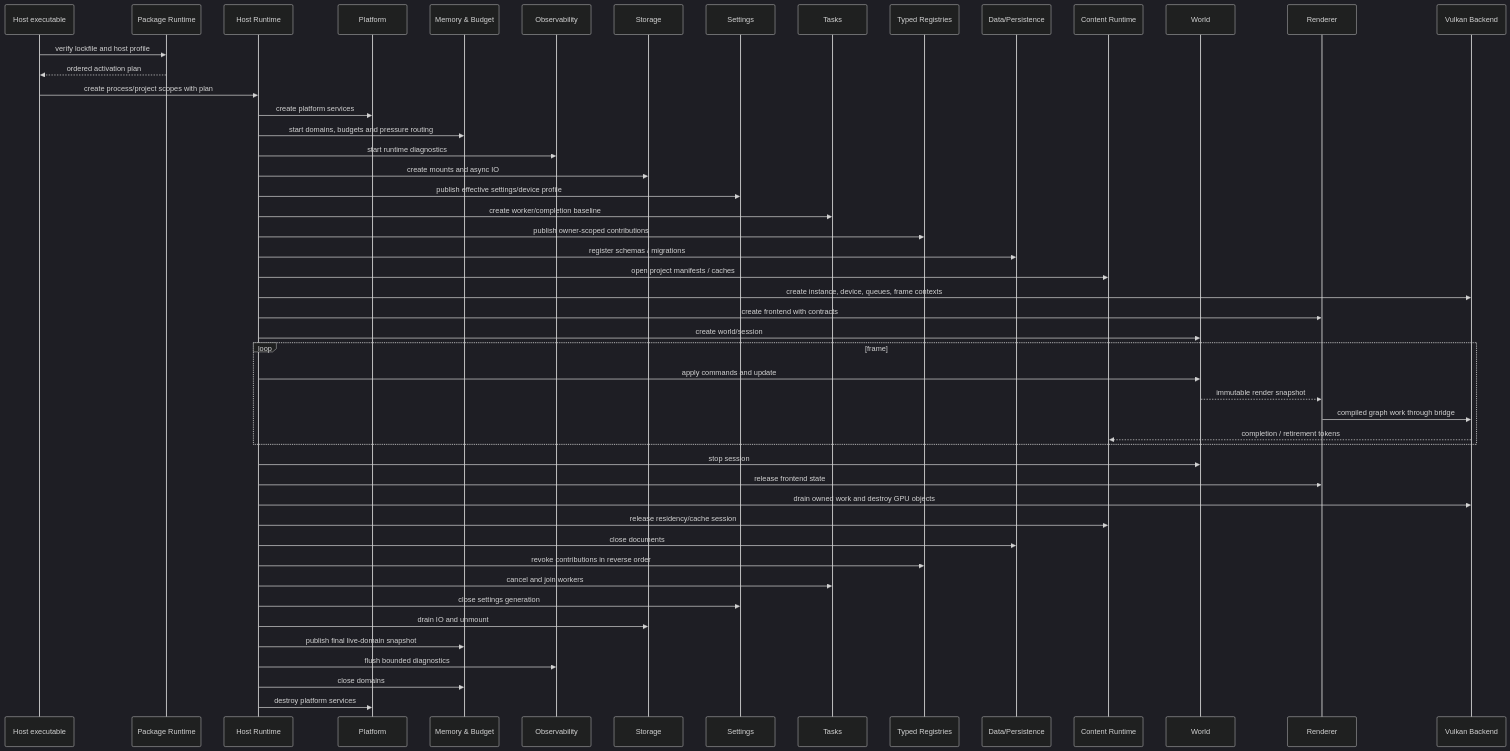
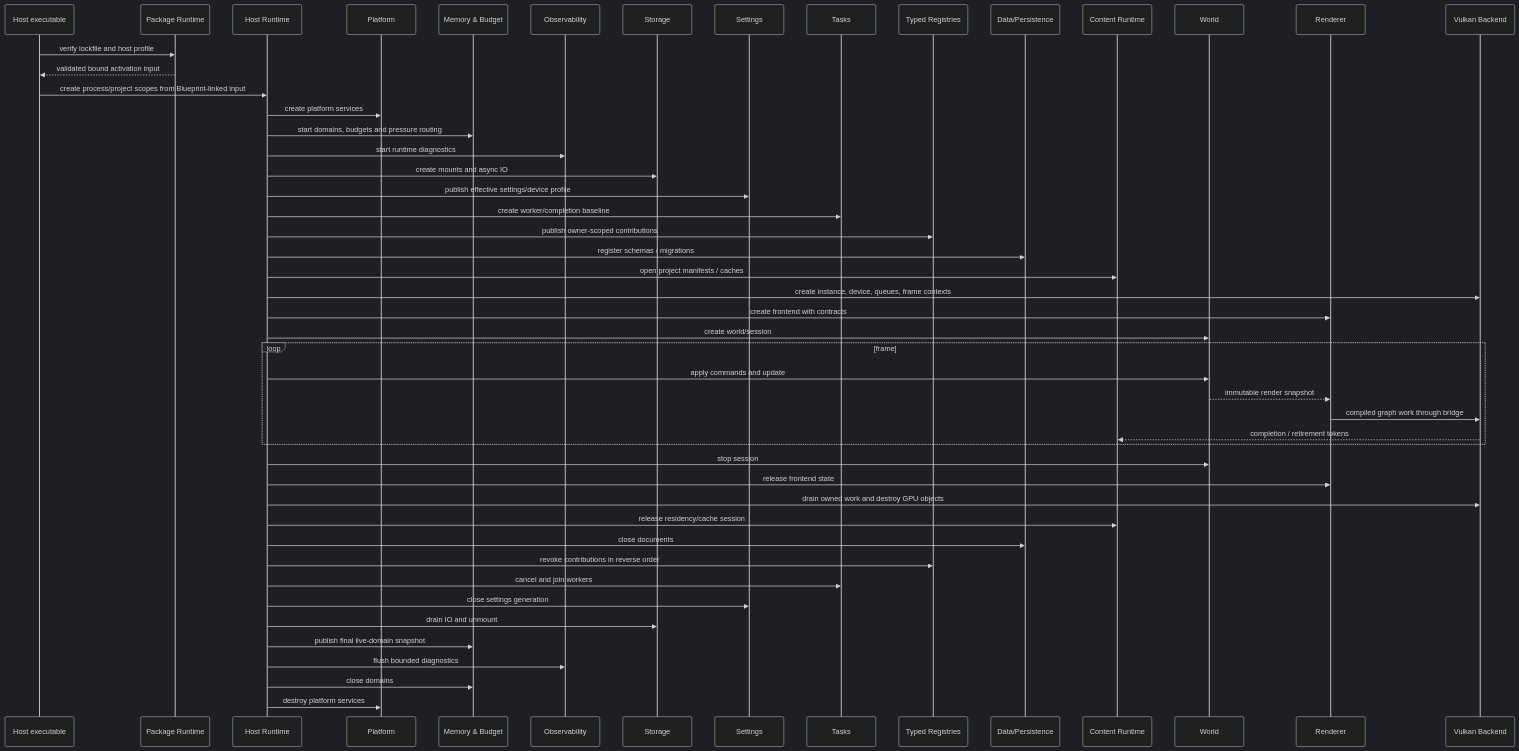
Before and after one commit to 66six11/Engine: the fifth of 5 diagrams in docs/planning/system-architecture-roadmap.md, drawn with Mermaid (dark theme). The commit also changed other lines of this file and 12 other files, not shown here.

Commit message:
feat: add host activation blueprint v1

````diff
--- a/docs/planning/system-architecture-roadmap.md
+++ b/docs/planning/system-architecture-roadmap.md
@@ -851,53 +861,53 @@
 ```mermaid
 sequenceDiagram
     participant App as Host executable
     participant Package as Package Runtime
     participant Host as Host Runtime
     participant Platform
     participant Memory as Memory & Budget
     participant Observe as Observability
     participant Storage
     participant Settings
     participant Tasks
     participant Registry as Typed Registries
     participant Data as Data/Persistence
     participant Content as Content Runtime
     participant World
     participant Renderer
     participant GPU as Vulkan Backend
 
     App->>Package: verify lockfile and host profile
-    Package-->>App: ordered activation plan
-    App->>Host: create process/project scopes with plan
+    Package-->>App: validated bound activation input
+    App->>Host: create process/project scopes from Blueprint-linked input
     Host->>Platform: create platform services
     Host->>Memory: start domains, budgets and pressure routing
     Host->>Observe: start runtime diagnostics
     Host->>Storage: create mounts and async IO
     Host->>Settings: publish effective settings/device profile
     Host->>Tasks: create worker/completion baseline
     Host->>Registry: publish owner-scoped contributions
     Host->>Data: register schemas / migrations
     Host->>Content: open project manifests / caches
     Host->>GPU: create instance, device, queues, frame contexts
     Host->>Renderer: create frontend with contracts
     Host->>World: create world/session
     loop frame
         Host->>World: apply commands and update
         World-->>Renderer: immutable render snapshot
         Renderer->>GPU: compiled graph work through bridge
         GPU-->>Content: completion / retirement tokens
     end
     Host->>World: stop session
     Host->>Renderer: release frontend state
     Host->>GPU: drain owned work and destroy GPU objects
     Host->>Content: release residency/cache session
     Host->>Data: close documents
     Host->>Registry: revoke contributions in reverse order
     Host->>Tasks: cancel and join workers
     Host->>Settings: close settings generation
     Host->>Storage: drain IO and unmount
     Host->>Memory: publish final live-domain snapshot
     Host->>Observe: flush bounded diagnostics
     Host->>Memory: close domains
     Host->>Platform: destroy platform services
 ```
````
